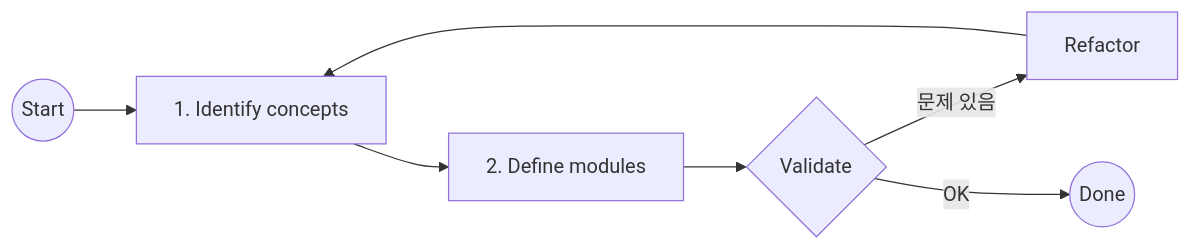
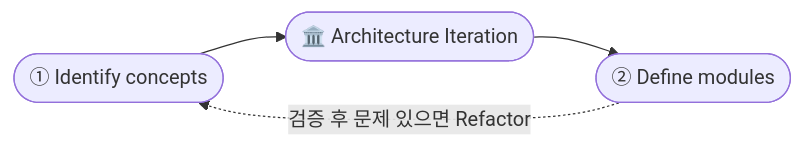
The third of 3 diagrams in Architecture Specialist (O11)/01_Architecture_Canvas_Clean_v8.md (kckworld/outsystems_study), drawn with Mermaid before and after one commit. The commit also changed other lines of this file and 5 other files, not shown here.

````diff
--- a/Architecture Specialist (O11)/01_Architecture_Canvas_Clean_v8.md
+++ b/Architecture Specialist (O11)/01_Architecture_Canvas_Clean_v8.md
@@ -136,9 +148,6 @@
 ```mermaid
-graph LR
-  A((Start)) --> B[1. Identify concepts]
-  B --> C[2. Define modules]
-  C --> D{Validate}
-  D -->|문제 있음| E[Refactor]
-  E --> B
-  D -->|OK| F((Done))
+flowchart LR
+  A(["① Identify concepts"]) --> C(["🏛️ Architecture Iteration"])
+  C --> B(["② Define modules"])
+  B -.->|검증 후 문제 있으면 Refactor| A
 ```
````
